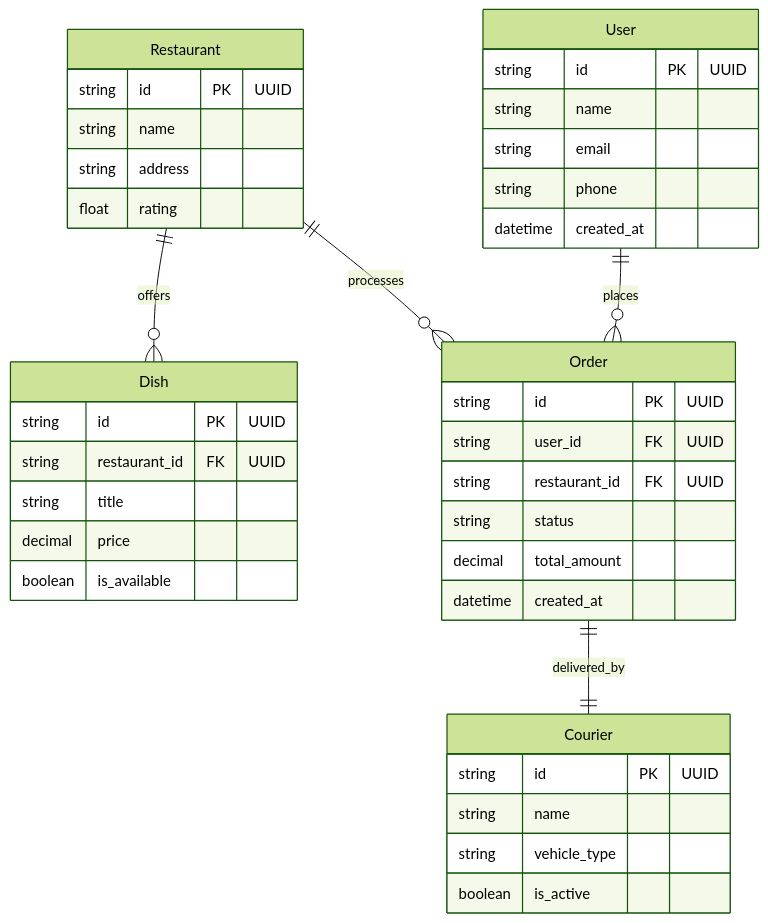
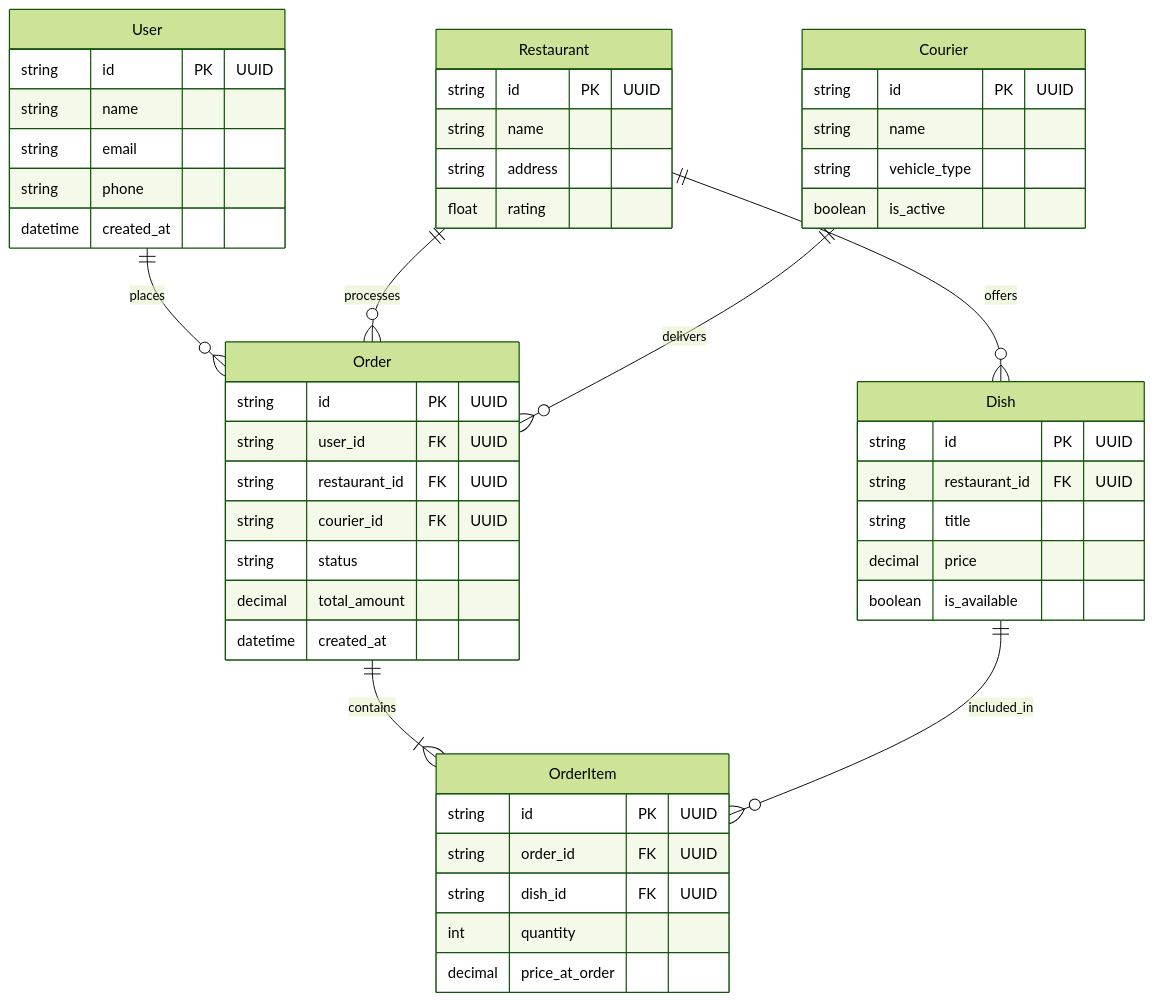
The diagram in er_diagram.mermaid (tymiskj/ER-model-lab), drawn with Mermaid (forest theme) before and after one commit. The commit also changed 1 other file, not shown here.

Commit message:
fix: add OrderItem associative entity for dishes in order

```diff
--- a/er_diagram.mermaid
+++ b/er_diagram.mermaid
@@ -1,45 +1,55 @@
 erDiagram
+    User ||--o{ Order : places
+    Restaurant ||--o{ Dish : offers
+    Restaurant ||--o{ Order : processes
+    Courier ||--o{ Order : delivers
+    Order ||--|{ OrderItem : contains
+    Dish ||--o{ OrderItem : included_in
+
     User {
         string id PK "UUID"
         string name
         string email
         string phone
         datetime created_at
     }
 
     Restaurant {
         string id PK "UUID"
         string name
         string address
         float rating
     }
 
     Dish {
         string id PK "UUID"
         string restaurant_id FK "UUID"
         string title
         decimal price
         boolean is_available
     }
 
     Order {
         string id PK "UUID"
         string user_id FK "UUID"
         string restaurant_id FK "UUID"
+        string courier_id FK "UUID"
         string status
         decimal total_amount
         datetime created_at
+    }
+
+    OrderItem {
+        string id PK "UUID"
+        string order_id FK "UUID"
+        string dish_id FK "UUID"
+        int quantity
+        decimal price_at_order
     }
 
     Courier {
         string id PK "UUID"
         string name
         string vehicle_type
         boolean is_active
     }
-
-    %% Зв'язки (Кардинальності)
-    User ||--o{ Order : places
-    Restaurant ||--o{ Dish : offers
-    Restaurant ||--o{ Order : processes
-    Order ||--|| Courier : delivered_by
```
